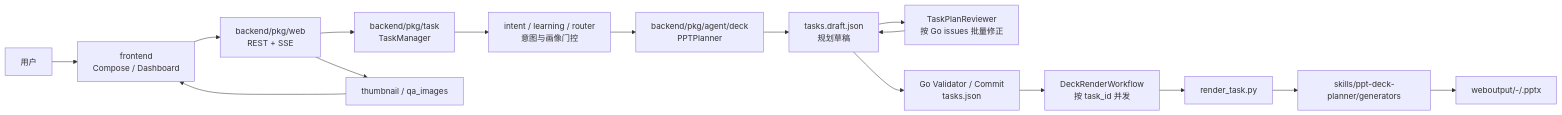
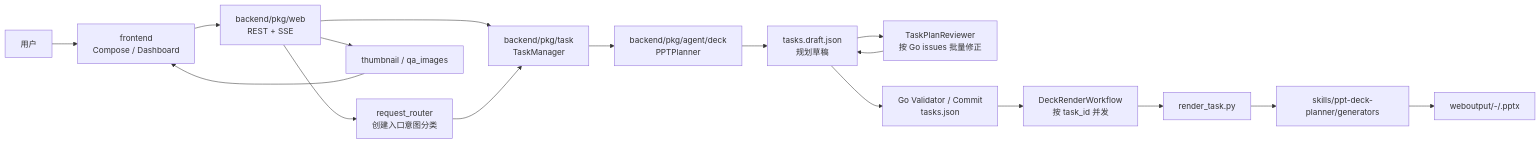
One commit to xiaobaicai66695/ppt-agent changed the diagram in docs/architecture/ppt-agent-architecture-scope.md. Above: the diagram before and after it, drawn with Mermaid. The commit also changed other lines of this file and 69 other files, not shown here.

````diff
--- a/docs/architecture/ppt-agent-architecture-scope.md
+++ b/docs/architecture/ppt-agent-architecture-scope.md
@@ -17,18 +17,19 @@
 ```mermaid
 flowchart LR
   U["用户"] --> F["frontend<br/>Compose / Dashboard"]
   F --> W["backend/pkg/web<br/>REST + SSE"]
   W --> TM["backend/pkg/task<br/>TaskManager"]
-  TM --> PI["intent / learning / router<br/>意图与画像门控"]
-  PI --> PL["backend/pkg/agent/deck<br/>PPTPlanner"]
+  W --> CR["request_router<br/>创建入口意图分类"]
+  CR --> TM
+  TM --> PL["backend/pkg/agent/deck<br/>PPTPlanner"]
   PL --> D["tasks.draft.json<br/>规划草稿"]
   D --> RV["TaskPlanReviewer<br/>按 Go issues 批量修正"]
   RV --> D
   D --> M["Go Validator / Commit<br/>tasks.json"]
   M --> DR["DeckRenderWorkflow<br/>按 task_id 并发"]
   DR --> PY["render_task.py"]
   PY --> G["skills/ppt-deck-planner/generators"]
   G --> O["weboutput/<user>-<task>/<page>.pptx"]
   W --> TH["thumbnail / qa_images"]
   TH --> F
 ```
````
